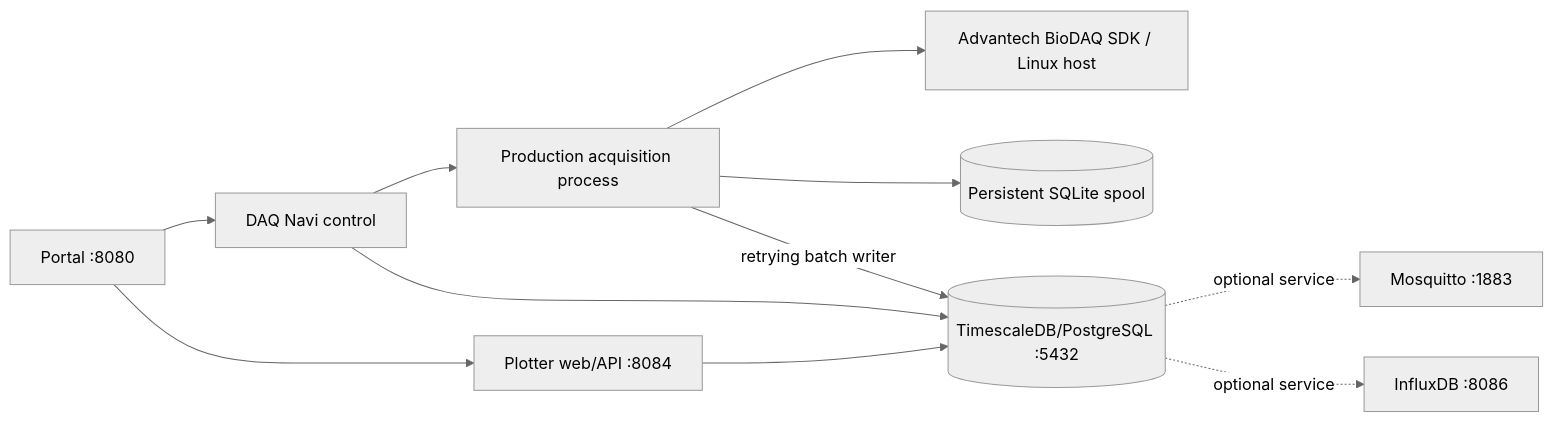
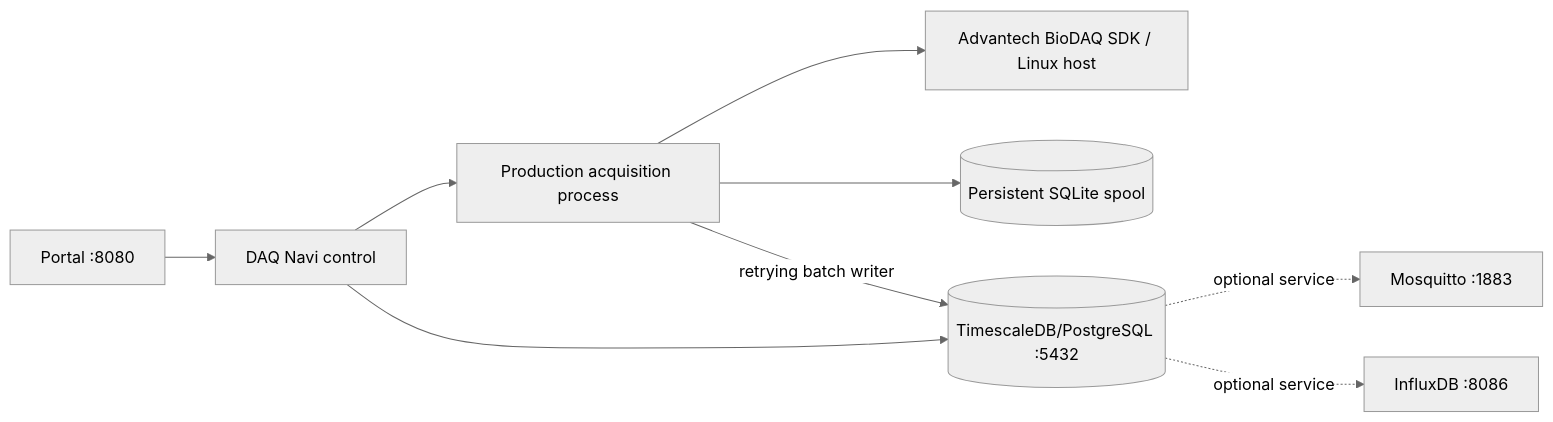
The second of 2 diagrams in README.md (Faiisu/IIoT-data-ingest), drawn with Mermaid (neutral theme) before and after one commit. The commit also changed other lines of this file and 19 other files, not shown here.

Commit message:
chore: remove web plotter service

````diff
--- a/README.md
+++ b/README.md
@@ -35,13 +33,11 @@
 ```mermaid
 graph LR
     Portal[Portal :8080] --> DAQUI[DAQ Navi web/API :8081]
-    Portal --> PlotUI[Plotter web/API :8084]
     DAQUI[DAQ Navi control] --> Pipeline[Production acquisition process]
     Pipeline --> Hardware[Advantech BioDAQ SDK / Linux host]
     Pipeline --> Spool[(Persistent SQLite spool)]
     Pipeline -->|retrying batch writer| DB[(TimescaleDB/PostgreSQL :5432)]
-    PlotUI --> DB
     DAQUI --> DB
     DB -. optional service .-> MQTT[Mosquitto :1883]
     DB -. optional service .-> Influx[InfluxDB :8086]
 ```
````
